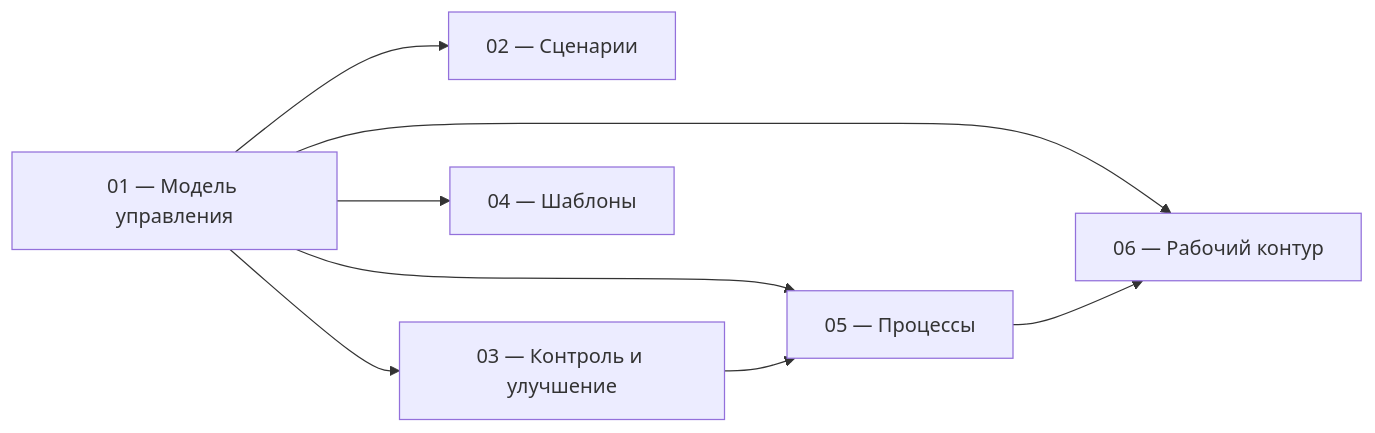
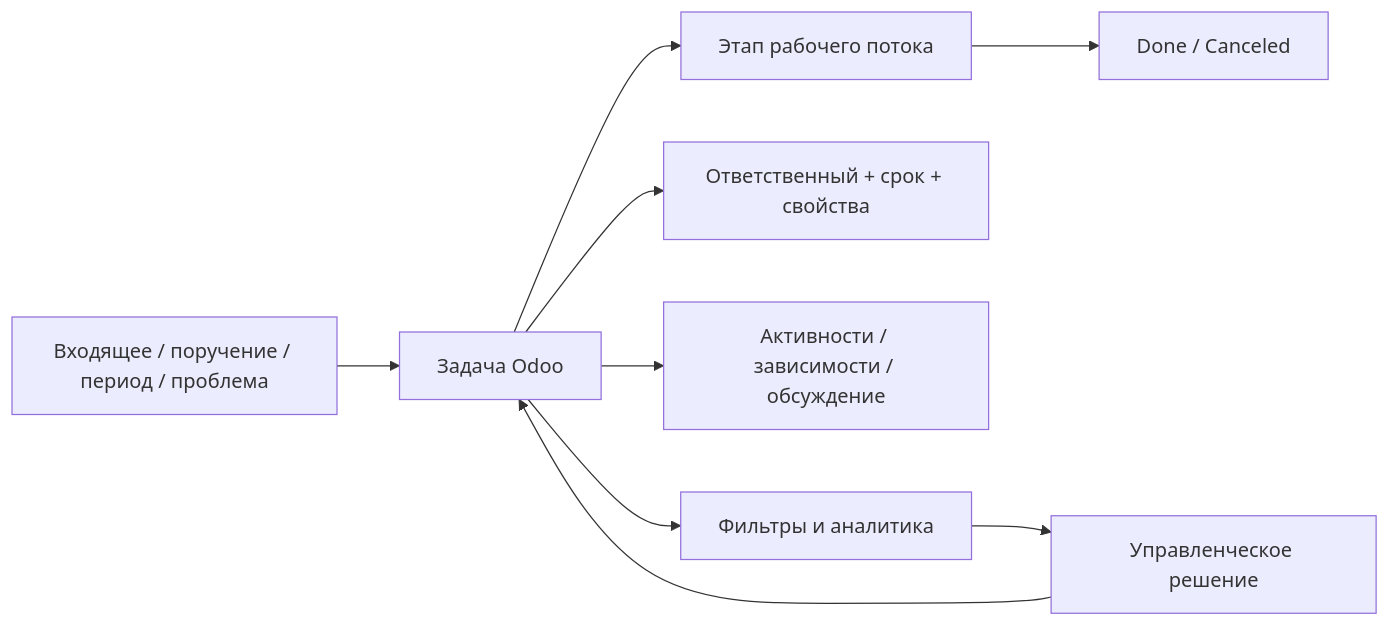
Before and after one commit to lazuale/department: the diagram in README.md, drawn with Mermaid. The commit also changed other lines of this file, not shown here.

Commit message:
Align methodology with Odoo 19 Community

````diff
--- a/README.md
+++ b/README.md
@@ -32,10 +28,11 @@
 ```mermaid
 flowchart LR
-    M[01 — Модель управления] --> S[02 — Сценарии]
-    M --> C[03 — Контроль и улучшение]
-    M --> T[04 — Шаблоны]
-    M --> P[05 — Процессы]
-    M --> O[06 — Рабочий контур]
-    C --> P
-    P --> O
+    I[Входящее / поручение / период / проблема] --> T[Задача Odoo]
+    T --> S[Этап рабочего потока]
+    T --> A[Ответственный + срок + свойства]
+    T --> N[Активности / зависимости / обсуждение]
+    S --> R[Done / Canceled]
+    T --> Q[Фильтры и аналитика]
+    Q --> D[Управленческое решение]
+    D --> T
 ```
````
